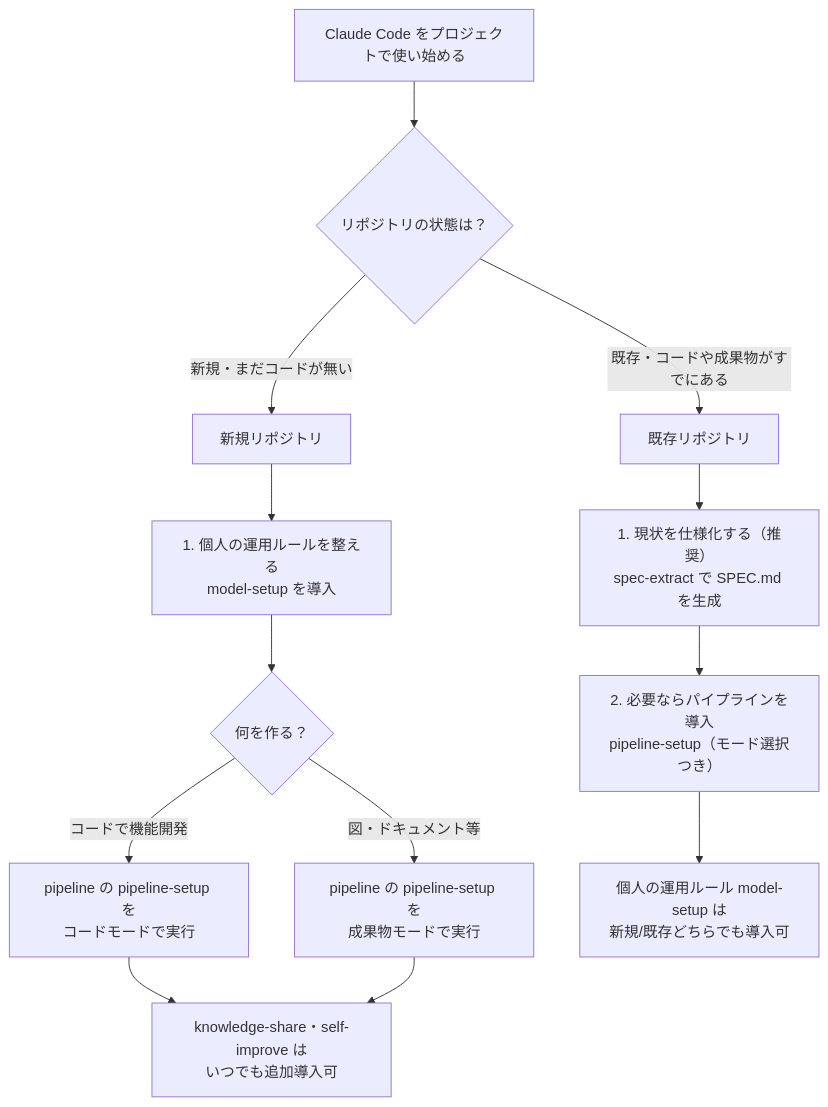
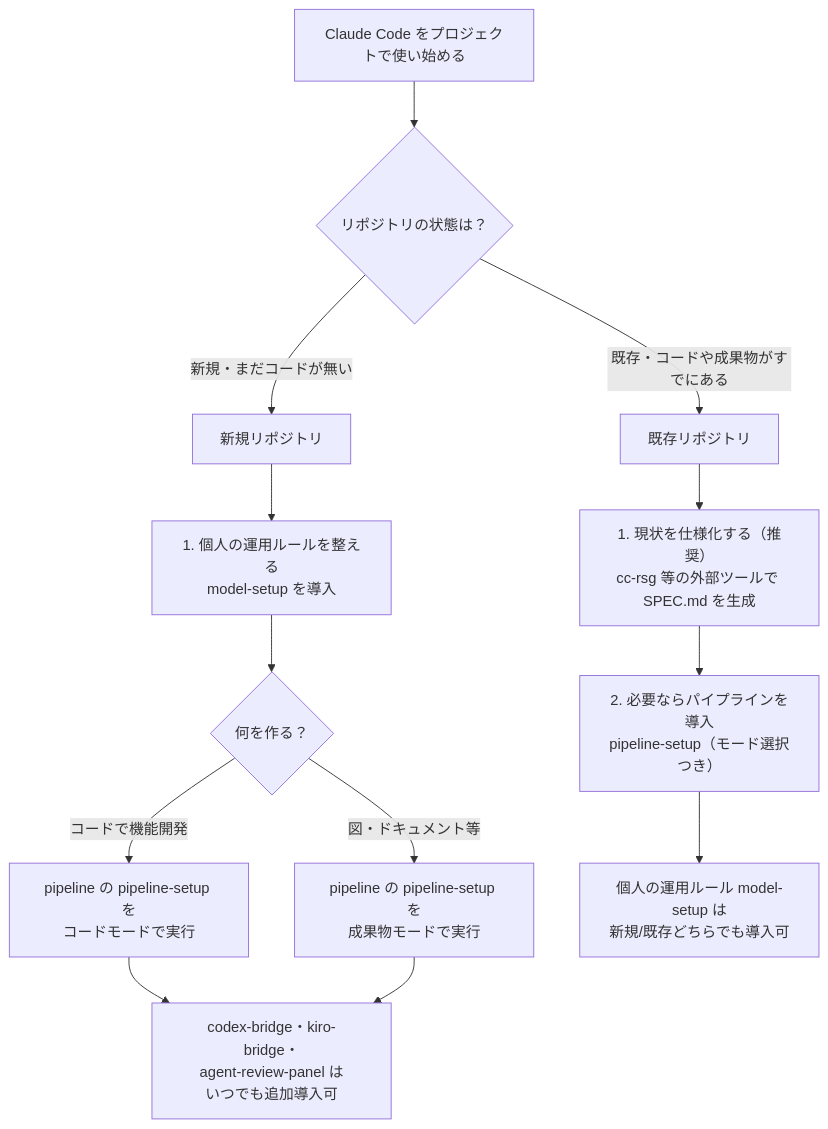
The first of 2 diagrams in README.md (mrkxlia/claude-code-workbench-ja), drawn with Mermaid before and after one commit. The commit also changed other lines of this file and 4 other files, not shown here.

````diff
--- a/README.md
+++ b/README.md
@@ -9,17 +9,17 @@
 ```mermaid
 flowchart TD
     Start["Claude Code をプロジェクトで使い始める"] --> Q{"リポジトリの状態は？"}
     Q -->|"新規・まだコードが無い"| New["新規リポジトリ"]
     Q -->|"既存・コードや成果物がすでにある"| Existing["既存リポジトリ"]
 
     New --> N1["1. 個人の運用ルールを整える<br/>model-setup を導入"]
     N1 --> N2{"何を作る？"}
     N2 -->|"コードで機能開発"| N3["pipeline の pipeline-setup を<br/>コードモードで実行"]
     N2 -->|"図・ドキュメント等"| N4["pipeline の pipeline-setup を<br/>成果物モードで実行"]
-    N3 --> N6["knowledge-share・self-improve は<br/>いつでも追加導入可"]
+    N3 --> N6["codex-bridge・kiro-bridge・<br/>agent-review-panel は<br/>いつでも追加導入可"]
     N4 --> N6
 
-    Existing --> E1["1. 現状を仕様化する（推奨）<br/>spec-extract で SPEC.md を生成"]
+    Existing --> E1["1. 現状を仕様化する（推奨）<br/>cc-rsg 等の外部ツールで SPEC.md を生成"]
     E1 --> E2["2. 必要ならパイプラインを導入<br/>pipeline-setup（モード選択つき）"]
     E2 --> E3["個人の運用ルール model-setup は<br/>新規/既存どちらでも導入可"]
 ```
````
